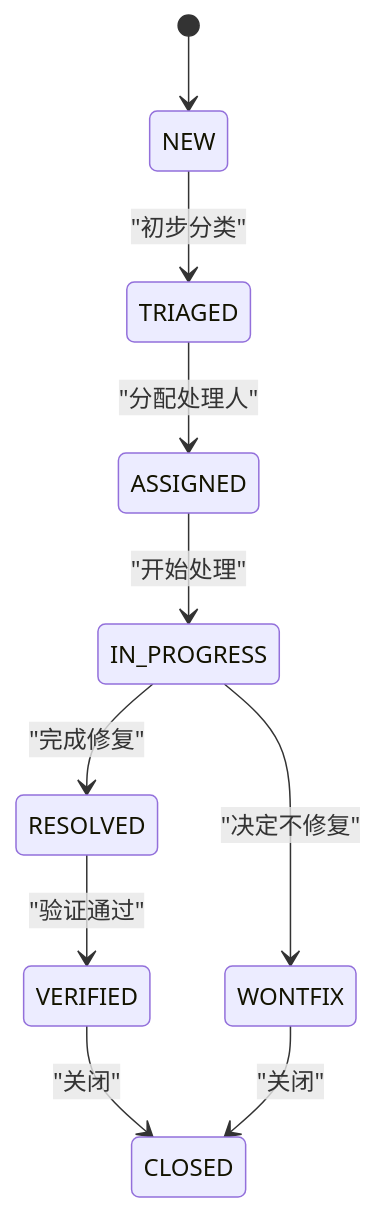
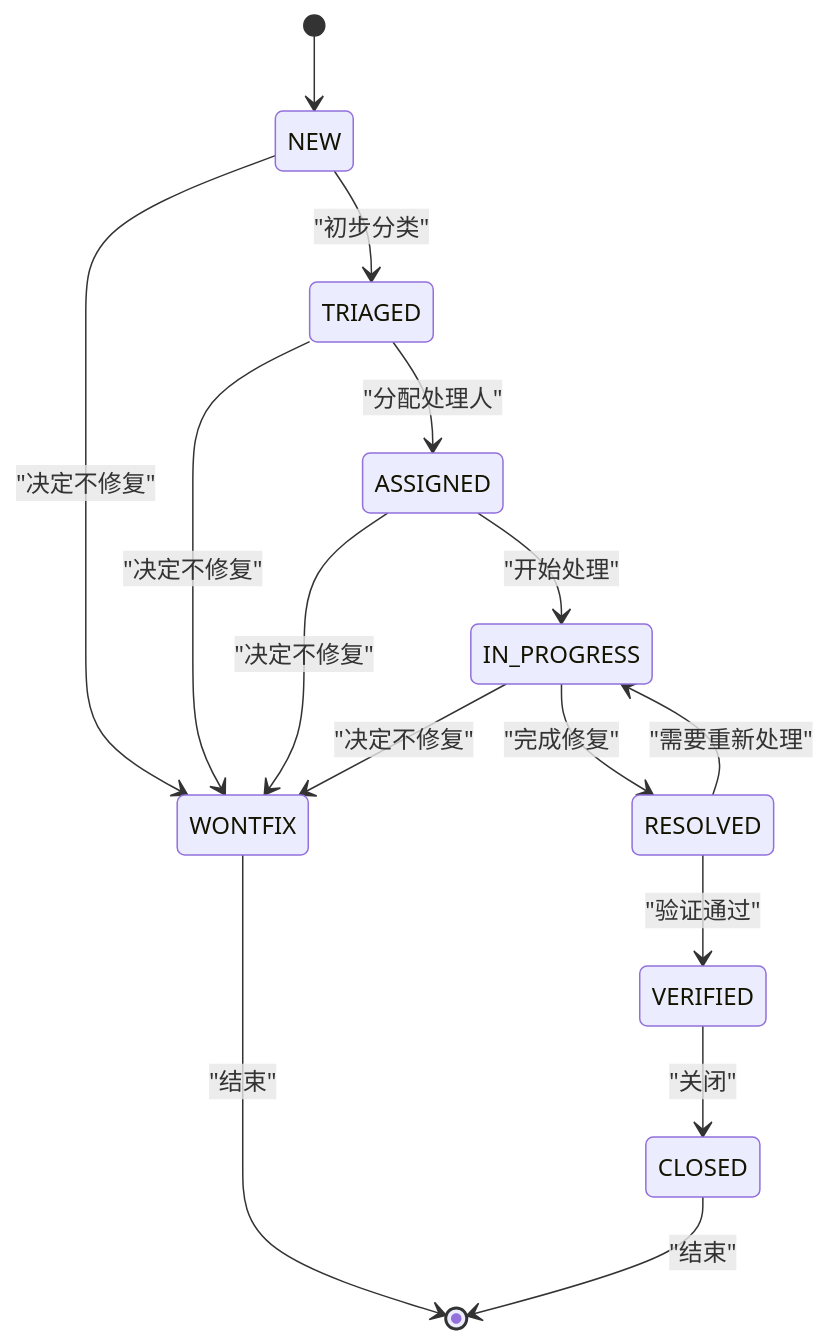
Before and after one commit to ai-guru-global/agent-up: the fifth of 6 diagrams in .qoder/repowiki/zh/content/功能模块/反馈中心.md, drawn with Mermaid. The commit also changed other lines of this file and 57 other files, not shown here.

````diff
--- a/.qoder/repowiki/zh/content/功能模块/反馈中心.md
+++ b/.qoder/repowiki/zh/content/功能模块/反馈中心.md
@@ -272,12 +325,17 @@
 ```mermaid
 stateDiagram-v2
 [*] --> NEW
 NEW --> TRIAGED : "初步分类"
+NEW --> WONTFIX : "决定不修复"
 TRIAGED --> ASSIGNED : "分配处理人"
+TRIAGED --> WONTFIX : "决定不修复"
 ASSIGNED --> IN_PROGRESS : "开始处理"
+ASSIGNED --> WONTFIX : "决定不修复"
 IN_PROGRESS --> RESOLVED : "完成修复"
+IN_PROGRESS --> WONTFIX : "决定不修复"
 RESOLVED --> VERIFIED : "验证通过"
+RESOLVED --> IN_PROGRESS : "需要重新处理"
 VERIFIED --> CLOSED : "关闭"
-IN_PROGRESS --> WONTFIX : "决定不修复"
-WONTFIX --> CLOSED : "关闭"
+WONTFIX --> [*] : "结束"
+CLOSED --> [*] : "结束"
 ```
````
